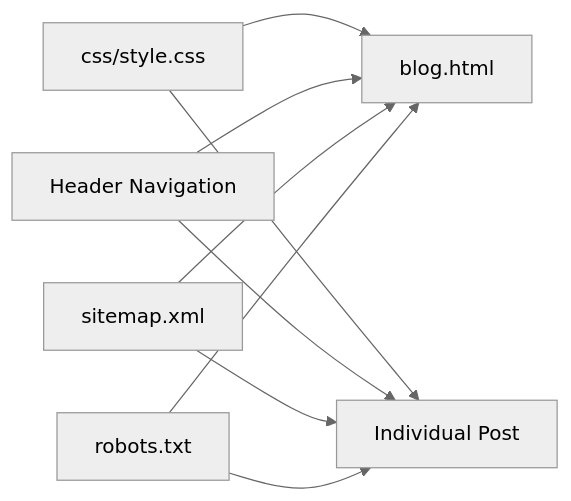
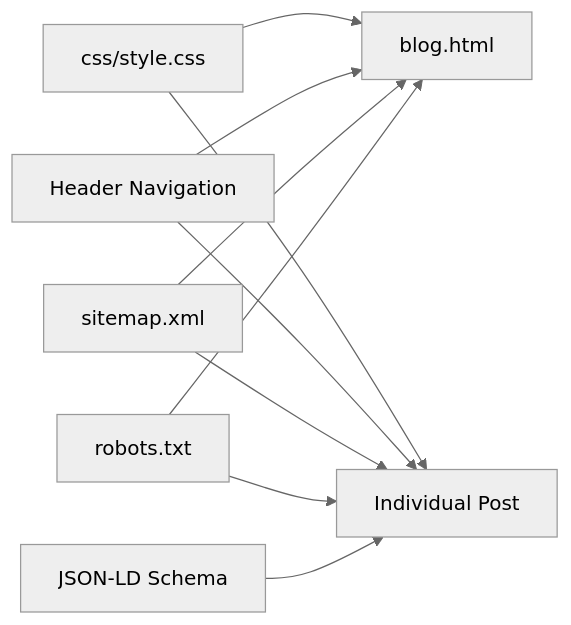
Before and after one commit to lynchip/graduates: the sixth of 6 diagrams in .qoder/repowiki/en/content/Core Features/Educational Content Platform.md, drawn with Mermaid (neutral theme). The commit also changed other lines of this file and 4 other files, not shown here.

````diff
--- a/.qoder/repowiki/en/content/Core Features/Educational Content Platform.md
+++ b/.qoder/repowiki/en/content/Core Features/Educational Content Platform.md
@@ -373,17 +430,19 @@
 ```mermaid
 graph LR
 CSS["css/style.css"]
 Nav["Header Navigation"]
 List["blog.html"]
 Post["Individual Post"]
 SiteMap["sitemap.xml"]
 Robots["robots.txt"]
+StructuredData["JSON-LD Schema"]
 CSS --> List
 CSS --> Post
 Nav --> List
 Nav --> Post
 SiteMap --> List
 SiteMap --> Post
 Robots --> List
 Robots --> Post
+StructuredData --> Post
 ```
````
